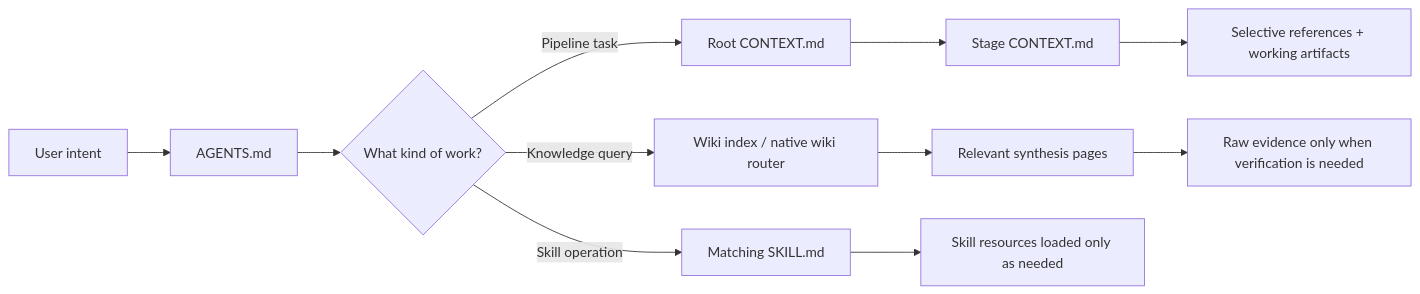
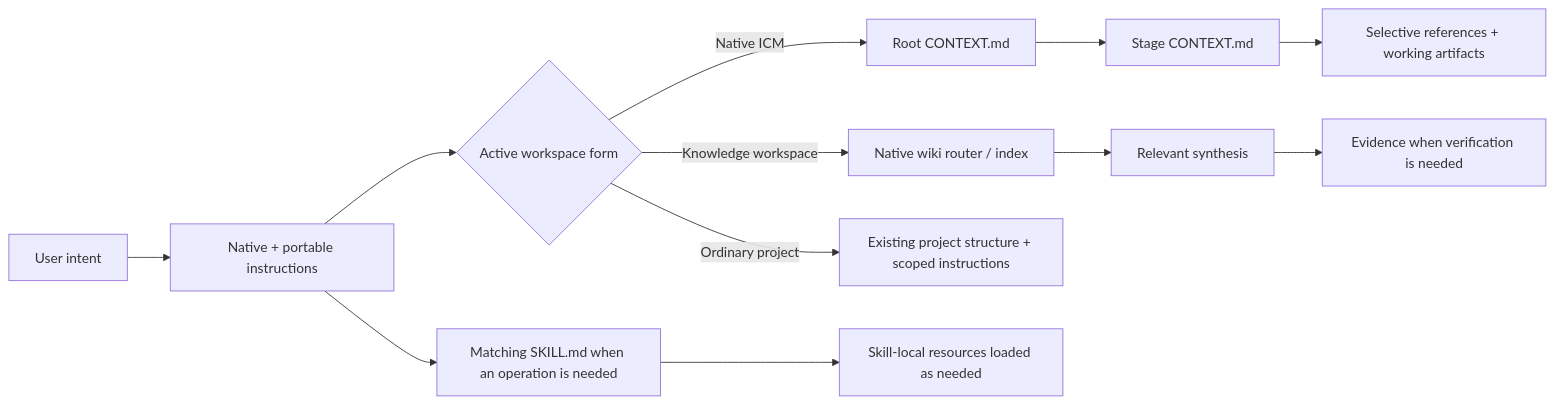
One commit to yonasuriv/CCA changed the second of 2 diagrams in docs/getting-started.md. Above: the diagram before and after it, drawn with Mermaid. The commit also changed other lines of this file, not shown here.

Commit message:
Clarify ICM full-profile onboarding and acceptance

````diff
--- a/docs/getting-started.md
+++ b/docs/getting-started.md
@@ -87,13 +102,14 @@
 ```mermaid
 flowchart LR
-    U["User intent"] --> A["AGENTS.md"]
-    A --> R{"What kind of work?"}
-    R -->|"Pipeline task"| C["Root CONTEXT.md"]
+    U["User intent"] --> N["Native + portable instructions"]
+    N --> P{"Active workspace form"}
+    P -->|"Native ICM"| C["Root CONTEXT.md"]
     C --> S["Stage CONTEXT.md"]
     S --> X["Selective references + working artifacts"]
-    R -->|"Knowledge query"| I["Wiki index / native wiki router"]
-    I --> W["Relevant synthesis pages"]
-    W --> E["Raw evidence only when verification is needed"]
-    R -->|"Skill operation"| K["Matching SKILL.md"]
-    K --> Q["Skill resources loaded only as needed"]
+    P -->|"Knowledge workspace"| I["Native wiki router / index"]
+    I --> W["Relevant synthesis"]
+    W --> E["Evidence when verification is needed"]
+    P -->|"Ordinary project"| R["Existing project structure + scoped instructions"]
+    N --> K["Matching SKILL.md when an operation is needed"]
+    K --> Q["Skill-local resources loaded as needed"]
 ```
````
